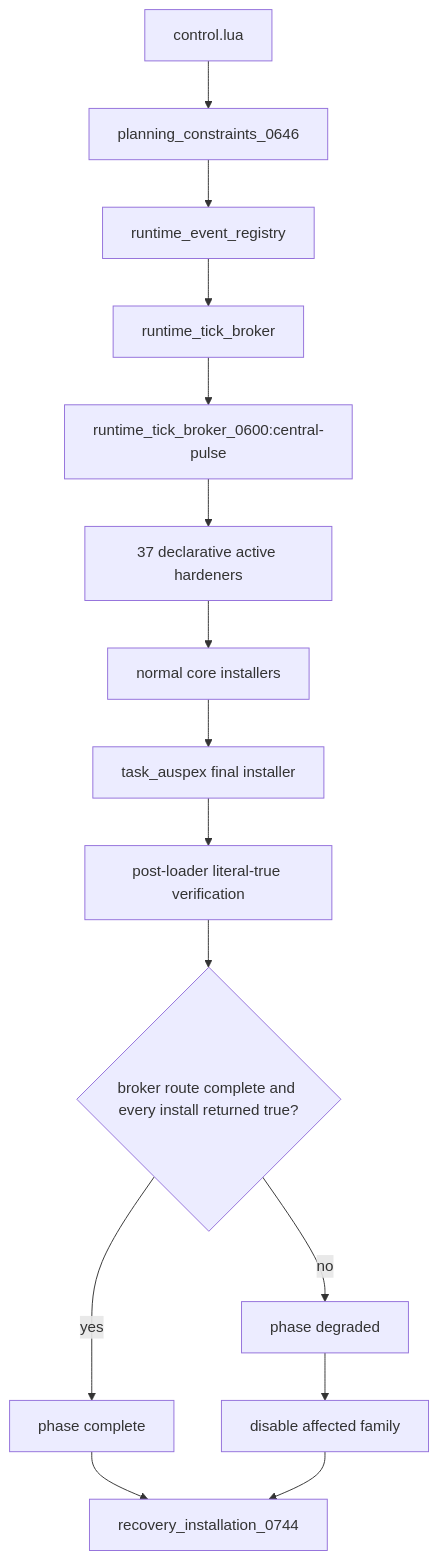
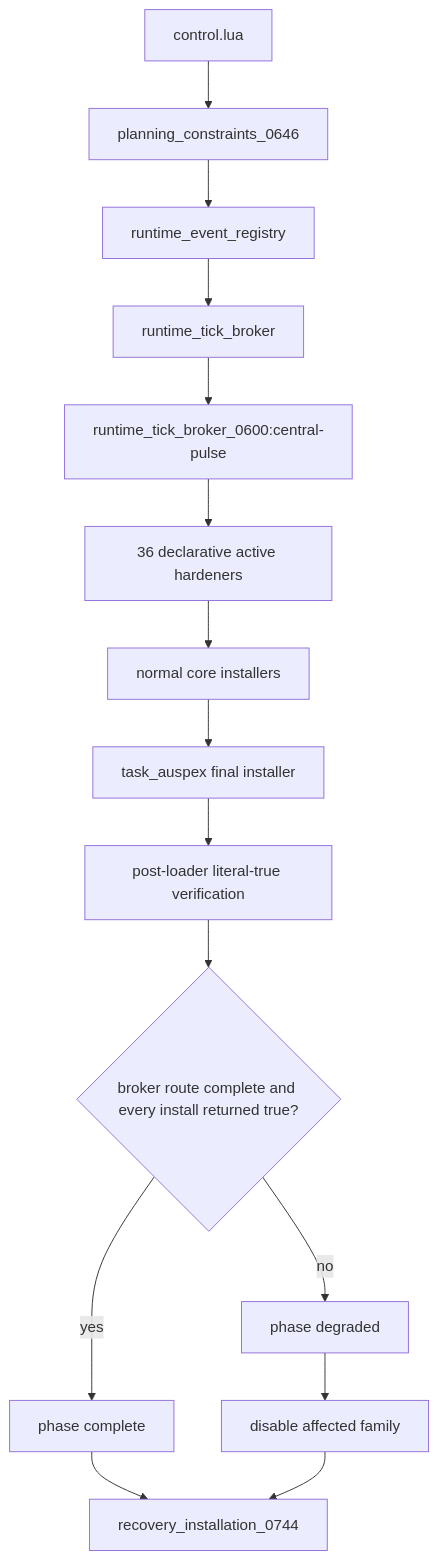
One commit to mrcalzon02/Tech-Priests changed the second of 14 diagrams in docs/RECOVERY_AUTHORITY_MAP_CURRENT.md. Above: the diagram before and after it, drawn with Mermaid. The commit also changed other lines of this file, not shown here.

````diff
--- a/docs/RECOVERY_AUTHORITY_MAP_CURRENT.md
+++ b/docs/RECOVERY_AUTHORITY_MAP_CURRENT.md
@@ -27,21 +27,21 @@
 ```mermaid
 flowchart TD
     Control[control.lua]
     Planning[planning_constraints_0646]
     Registry[runtime_event_registry]
     Broker[runtime_tick_broker]
     Route[runtime_tick_broker_0600:central-pulse]
-    Active[37 declarative active hardeners]
+    Active[36 declarative active hardeners]
     Core[normal core installers]
     Final[task_auspex final installer]
     Verify[post-loader literal-true verification]
     Complete{broker route complete and every install returned true?}
     Ready[phase complete]
     Degraded[phase degraded]
     Disable[disable affected family]
     Ledger[recovery_installation_0744]
 
     Control --> Planning --> Registry --> Broker --> Route --> Active --> Core --> Final --> Verify --> Complete
     Complete -- yes --> Ready --> Ledger
     Complete -- no --> Degraded --> Disable --> Ledger
 ```
````
